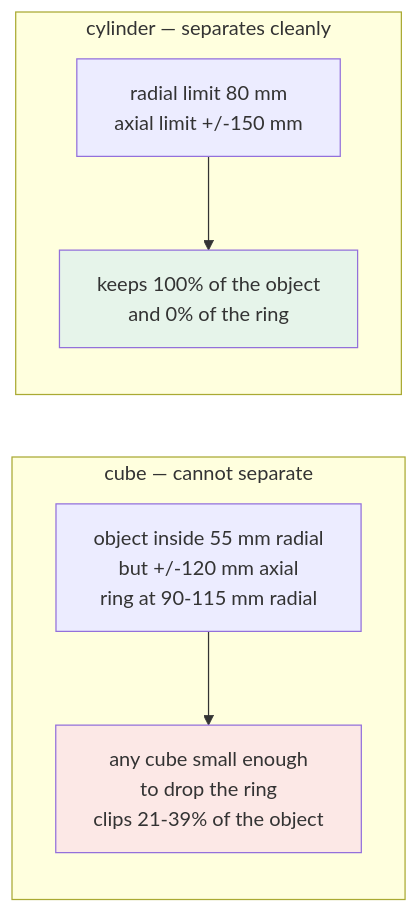
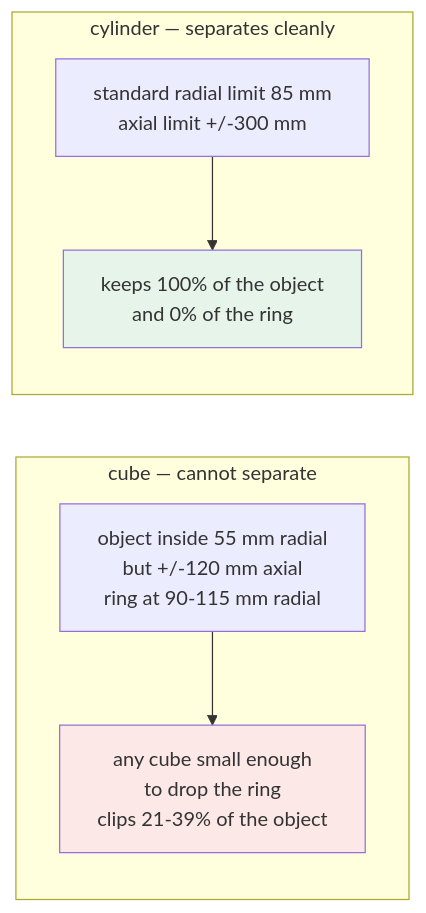
Before and after one commit to RishWijewardhena/Hena-Jet: the sixth of 7 diagrams in scripts/sync_workflow/WORKFLOW.md, drawn with Mermaid. The commit also changed other lines of this file and 1 other file, not shown here.

````diff
--- a/scripts/sync_workflow/WORKFLOW.md
+++ b/scripts/sync_workflow/WORKFLOW.md
@@ -204,16 +206,16 @@
 ```mermaid
 flowchart LR
     subgraph CUBE ["cube — cannot separate"]
         direction TB
         CB["object inside 55 mm radial<br/>but +/-120 mm axial<br/>ring at 90-115 mm radial"]
         CB --> CB2["any cube small enough<br/>to drop the ring<br/>clips 21-39% of the object"]
     end
     subgraph CYL ["cylinder — separates cleanly"]
         direction TB
-        CY["radial limit 80 mm<br/>axial limit +/-150 mm"]
+        CY["standard radial limit 85 mm<br/>axial limit +/-300 mm"]
         CY --> CY2["keeps 100% of the object<br/>and 0% of the ring"]
     end
 
     style CB2 fill:#fce8e6
     style CY2 fill:#e6f4ea
 ```
````
